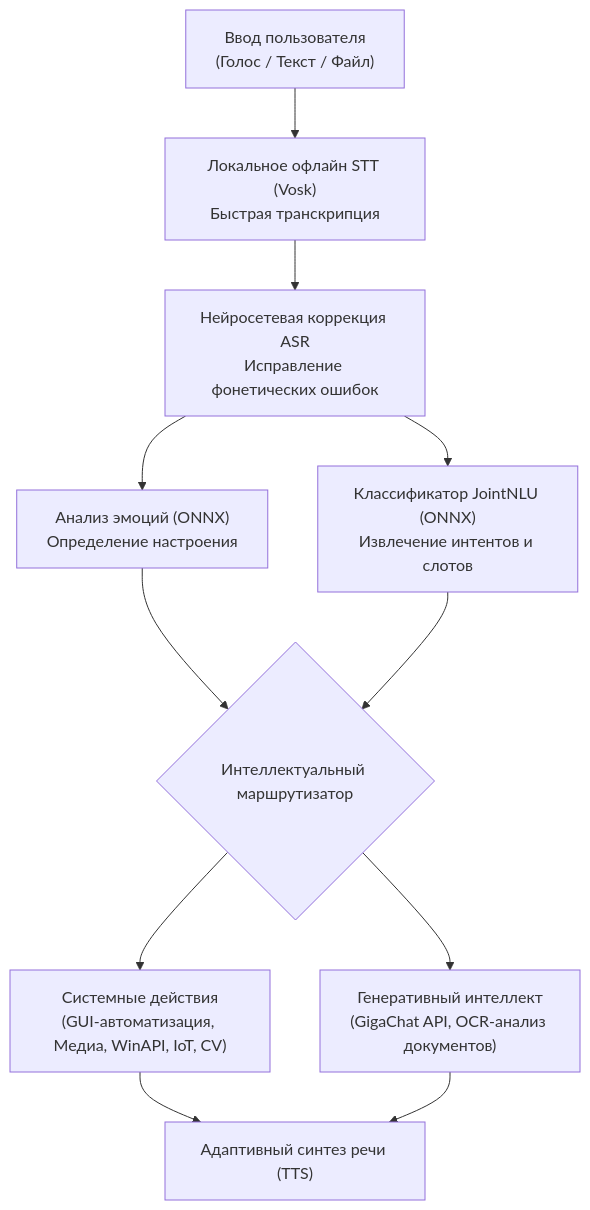
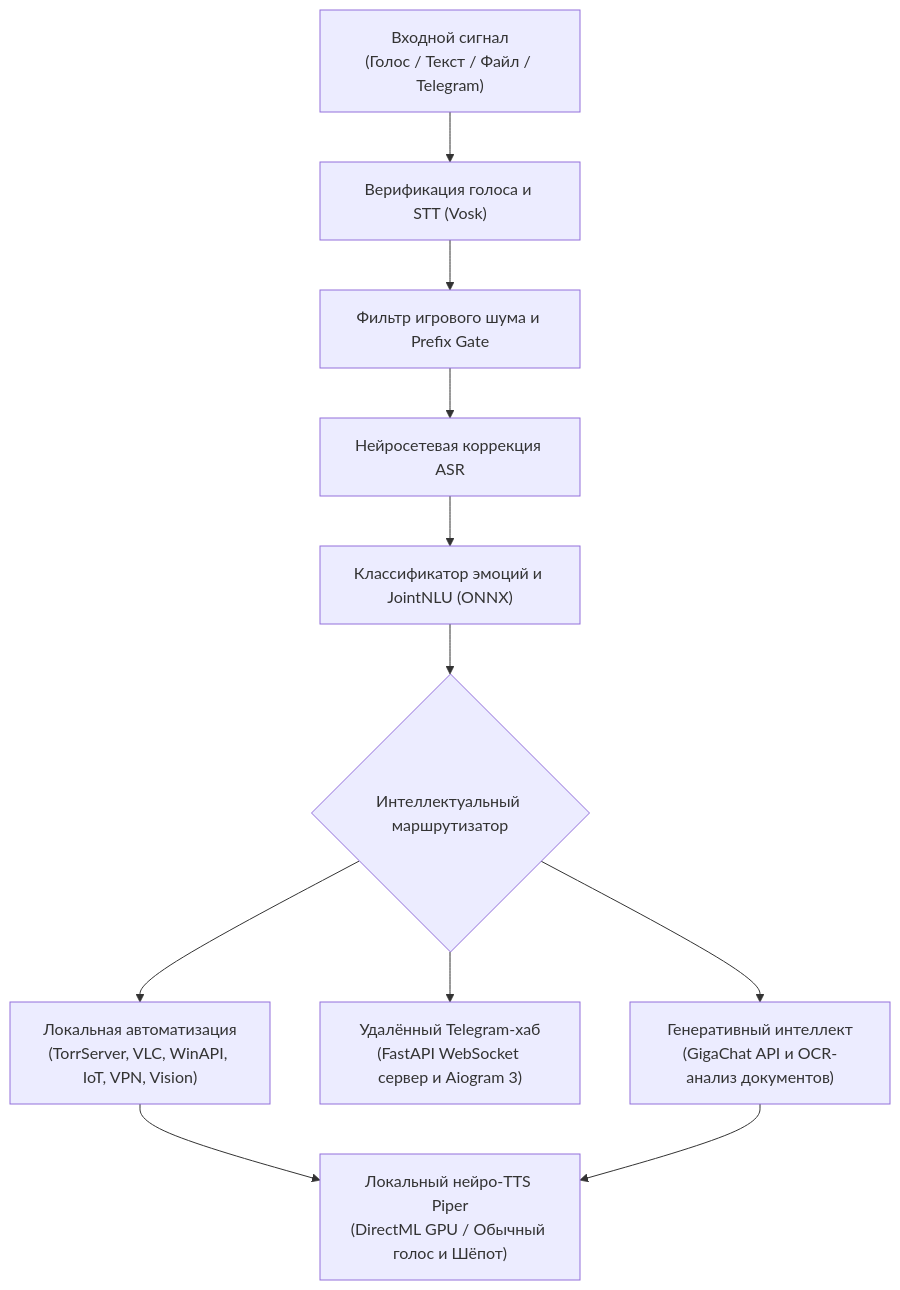
Before and after one commit to RaccoonKa/Akira: the second of 2 diagrams in README.md, drawn with Mermaid. The commit also changed other lines of this file, not shown here.

````diff
--- a/README.md
+++ b/README.md
@@ -186,13 +190,14 @@
 ```mermaid
 flowchart TD
-    A["Ввод пользователя<br>(Голос / Текст / Файл)"] --> B["Локальное офлайн STT (Vosk)<br>Быстрая транскрипция"]
-    B --> C["Нейросетевая коррекция ASR<br>Исправление фонетических ошибок"]
-    C --> D["Анализ эмоций (ONNX)<br>Определение настроения"]
-    C --> E["Классификатор JointNLU (ONNX)<br>Извлечение интентов и слотов"]
-    D --> F{"Интеллектуальный маршрутизатор"}
-    E --> F
-    F --> G["Системные действия<br>(GUI-автоматизация, Медиа, WinAPI, IoT, CV)"]
-    F --> H["Генеративный интеллект<br>(GigaChat API, OCR-анализ документов)"]
-    G --> I["Адаптивный синтез речи (TTS)"]
-    H --> I
+    A["Входной сигнал<br>(Голос / Текст / Файл / Telegram)"] --> B["Верификация голоса и STT (Vosk)"]
+    B --> C["Фильтр игрового шума и Prefix Gate"]
+    C --> D["Нейросетевая коррекция ASR"]
+    D --> E["Классификатор эмоций и JointNLU (ONNX)"]
+    E --> F{"Интеллектуальный маршрутизатор"}
+    F --> G["Локальная автоматизация<br>(TorrServer, VLC, WinAPI, IoT, VPN, Vision)"]
+    F --> H["Удалённый Telegram-хаб<br>(FastAPI WebSocket сервер и Aiogram 3)"]
+    F --> I["Генеративный интеллект<br>(GigaChat API и OCR-анализ документов)"]
+    G --> J["Локальный нейро-TTS Piper<br>(DirectML GPU / Обычный голос и Шёпот)"]
+    I --> J
+
 ```
````
